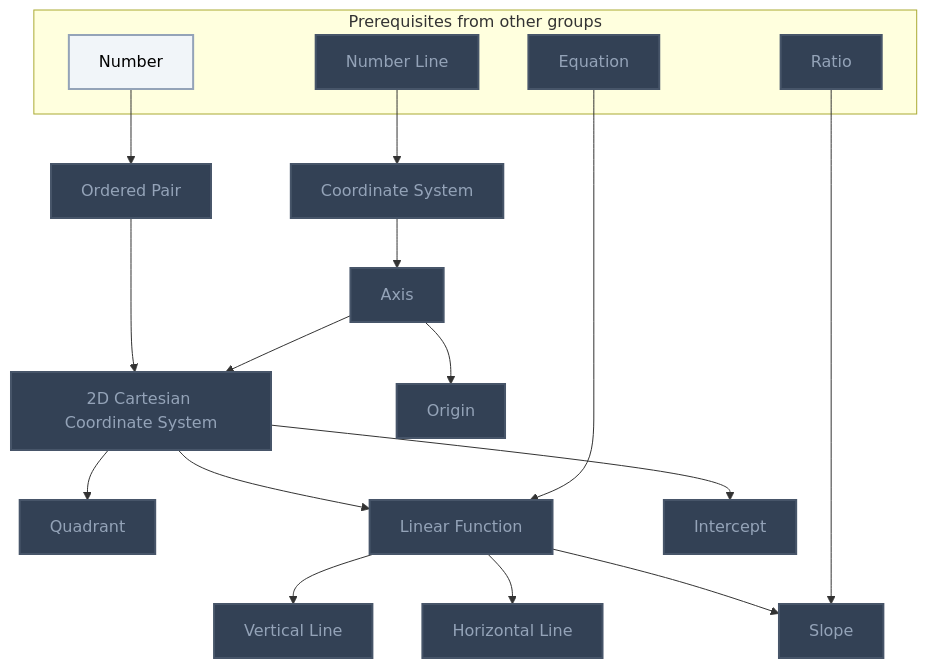
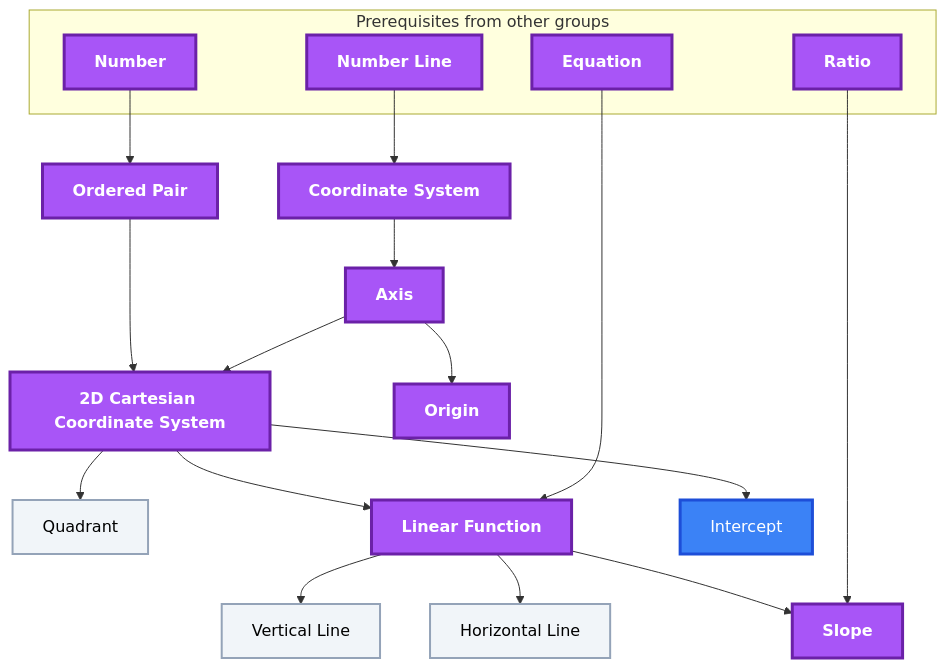
The tenth of 10 diagrams in Gamification/Skill Trees/Pre-Algebra.md (MRauf1/My-Notes), drawn with Mermaid before and after one commit. The commit also changed other lines of this file and 156 other files, not shown here.

````diff
--- a/Gamification/Skill Trees/Pre-Algebra.md
+++ b/Gamification/Skill Trees/Pre-Algebra.md
@@ -536,46 +559,47 @@
 ```mermaid
 flowchart TD
     classDef planned fill:#1E293B,stroke:#64748B,stroke-width:2px,stroke-dasharray:5 5,color:#94A3B8;
     classDef locked fill:#334155,stroke:#475569,stroke-width:2px,color:#94A3B8;
     classDef L0 fill:#F1F5F9,stroke:#94A3B8,stroke-width:2px,color:#000000;
     classDef L1 fill:#22C55E,stroke:#15803D,stroke-width:2px,color:#000000;
     classDef L2 fill:#3B82F6,stroke:#1D4ED8,stroke-width:3px,color:#FFFFFF;
     classDef L3 fill:#A855F7,stroke:#6B21A8,stroke-width:3px,color:#FFFFFF,font-weight:bold;
     classDef L4 fill:#F97316,stroke:#C2410C,stroke-width:4px,color:#000000,font-weight:bold;
     classDef L5 fill:#FFD700,stroke:#FF8C00,stroke-width:5px,color:#000000,font-weight:bold;
     classDef rusty stroke:#8B4513,stroke-width:4px,stroke-dasharray:3 3;
     subgraph sg_prereqs["Prerequisites from other groups"]
         n_number_line["Number Line"]
         n_number["Number"]
         n_equation["Equation"]
         n_ratio["Ratio"]
     end
     n_coordinate_system["Coordinate System"]
     n_axis["Axis"]
     n_ordered_pair["Ordered Pair"]
     n_2d_cartesian_coordinate_system["2D Cartesian Coordinate System"]
     n_quadrant["Quadrant"]
     n_origin["Origin"]
     n_linear_function["Linear Function"]
     n_vertical_line["Vertical Line"]
     n_horizontal_line["Horizontal Line"]
     n_intercept["Intercept"]
     n_slope["Slope"]
     n_number_line --> n_coordinate_system
     n_coordinate_system --> n_axis
     n_number --> n_ordered_pair
     n_axis --> n_2d_cartesian_coordinate_system
     n_ordered_pair --> n_2d_cartesian_coordinate_system
     n_2d_cartesian_coordinate_system --> n_quadrant
     n_axis --> n_origin
     n_equation --> n_linear_function
     n_2d_cartesian_coordinate_system --> n_linear_function
     n_linear_function --> n_vertical_line
     n_linear_function --> n_horizontal_line
     n_2d_cartesian_coordinate_system --> n_intercept
     n_ratio --> n_slope
     n_linear_function --> n_slope
-    class n_number_line,n_equation,n_ratio,n_coordinate_system,n_axis,n_ordered_pair,n_2d_cartesian_coordinate_system,n_quadrant,n_origin,n_linear_function,n_vertical_line,n_horizontal_line,n_intercept,n_slope locked;
-    class n_number L0;
+    class n_quadrant,n_vertical_line,n_horizontal_line L0;
+    class n_intercept L2;
+    class n_number_line,n_number,n_equation,n_ratio,n_coordinate_system,n_axis,n_ordered_pair,n_2d_cartesian_coordinate_system,n_origin,n_linear_function,n_slope L3;
     class n_number_line,n_number,n_equation,n_ratio,n_coordinate_system,n_axis,n_ordered_pair,n_2d_cartesian_coordinate_system,n_quadrant,n_origin,n_linear_function,n_vertical_line,n_horizontal_line,n_intercept,n_slope internal-link;
 ```
````
